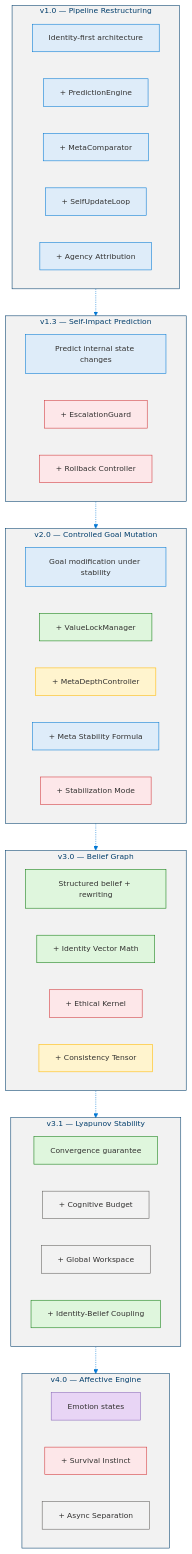
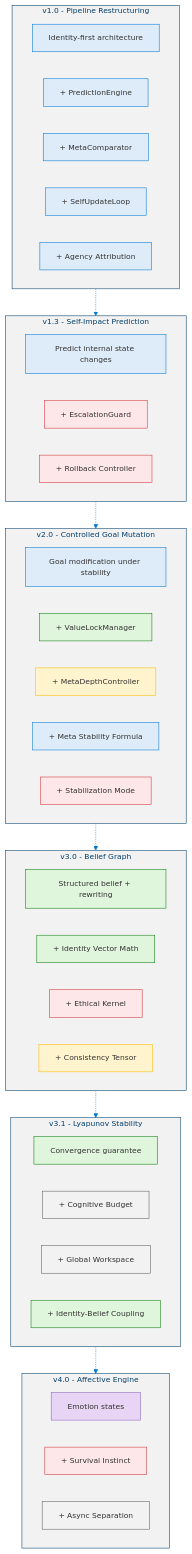
Before and after one commit to dotnetpower/mscp: the first of 3 diagrams in docs/MSCP_Overview.md, drawn with Mermaid. The commit also changed other lines of this file and 26 other files, not shown here.

````diff
--- a/docs/MSCP_Overview.md
+++ b/docs/MSCP_Overview.md
@@ -181,61 +181,61 @@
 ```mermaid
 %%{init: {'theme': 'base', 'themeVariables': {'primaryColor': '#0078D4', 'primaryTextColor': '#003D6B', 'primaryBorderColor': '#003D6B', 'secondaryColor': '#50E6FF', 'secondaryTextColor': '#323130', 'secondaryBorderColor': '#00BCF2', 'tertiaryColor': '#F2F2F2', 'tertiaryTextColor': '#323130', 'lineColor': '#0078D4', 'textColor': '#323130', 'mainBkg': '#DEECF9', 'nodeBorder': '#0078D4', 'clusterBkg': '#F2F2F2', 'clusterBorder': '#003D6B', 'titleColor': '#003D6B', 'edgeLabelBackground': '#FFFFFF', 'fontSize': '14px'}}}%%
 flowchart TD
   classDef ver fill:#DEECF9,stroke:#0078D4,color:#323130
   classDef feat fill:#DEECF9,stroke:#0078D4,color:#323130
   classDef safety fill:#FDE7E9,stroke:#D13438,color:#323130
   classDef green fill:#DFF6DD,stroke:#107C10,color:#323130
   classDef meta fill:#FFF4CE,stroke:#FFB900,color:#323130
   classDef infra fill:#F2F2F2,stroke:#605E5C,color:#323130
   classDef purple fill:#E8D5F5,stroke:#8764B8,color:#323130
 
-  subgraph V10["v1.0 — Pipeline Restructuring"]
+  subgraph V10["v1.0 - Pipeline Restructuring"]
     direction LR
     V10H["Identity-first architecture"]:::feat
     V10A["+ PredictionEngine"]:::feat
     V10B["+ MetaComparator"]:::feat
     V10C["+ SelfUpdateLoop"]:::feat
     V10D["+ Agency Attribution"]:::feat
   end
 
-  subgraph V13["v1.3 — Self-Impact Prediction"]
+  subgraph V13["v1.3 - Self-Impact Prediction"]
     direction LR
     V13H["Predict internal state changes"]:::feat
     V13A["+ EscalationGuard"]:::safety
     V13B["+ Rollback Controller"]:::safety
   end
 
-  subgraph V20["v2.0 — Controlled Goal Mutation"]
+  subgraph V20["v2.0 - Controlled Goal Mutation"]
     direction LR
     V20H["Goal modification under stability"]:::feat
     V20A["+ ValueLockManager"]:::green
     V20B["+ MetaDepthController"]:::meta
     V20C["+ Meta Stability Formula"]:::feat
     V20D["+ Stabilization Mode"]:::safety
   end
 
-  subgraph V30["v3.0 — Belief Graph"]
+  subgraph V30["v3.0 - Belief Graph"]
     direction LR
     V30H["Structured belief + rewriting"]:::green
     V30A["+ Identity Vector Math"]:::green
     V30B["+ Ethical Kernel"]:::safety
     V30C["+ Consistency Tensor"]:::meta
   end
 
-  subgraph V31["v3.1 — Lyapunov Stability"]
+  subgraph V31["v3.1 - Lyapunov Stability"]
     direction LR
     V31H["Convergence guarantee"]:::green
     V31A["+ Cognitive Budget"]:::infra
     V31B["+ Global Workspace"]:::infra
     V31C["+ Identity-Belief Coupling"]:::green
   end
 
-  subgraph V40["v4.0 — Affective Engine"]
+  subgraph V40["v4.0 - Affective Engine"]
     direction LR
     V40H["Emotion states"]:::purple
     V40A["+ Survival Instinct"]:::safety
     V40B["+ Async Separation"]:::infra
   end
 
   V10 -.-> V13 -.-> V20 -.-> V30 -.-> V31 -.-> V40
 ```
````
